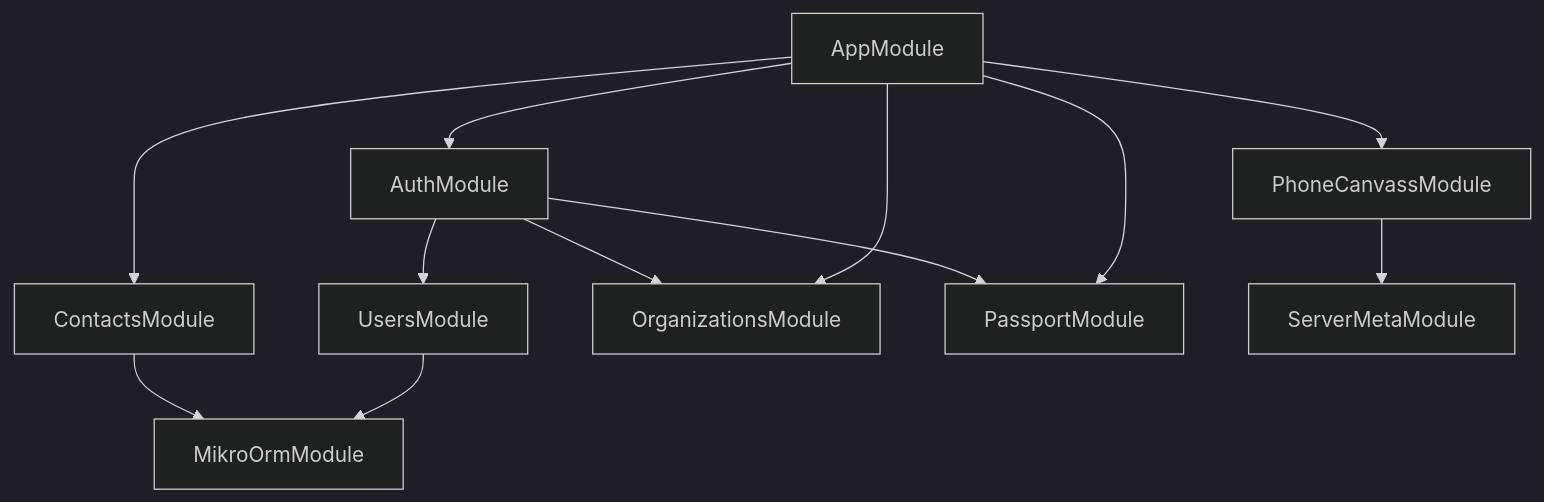
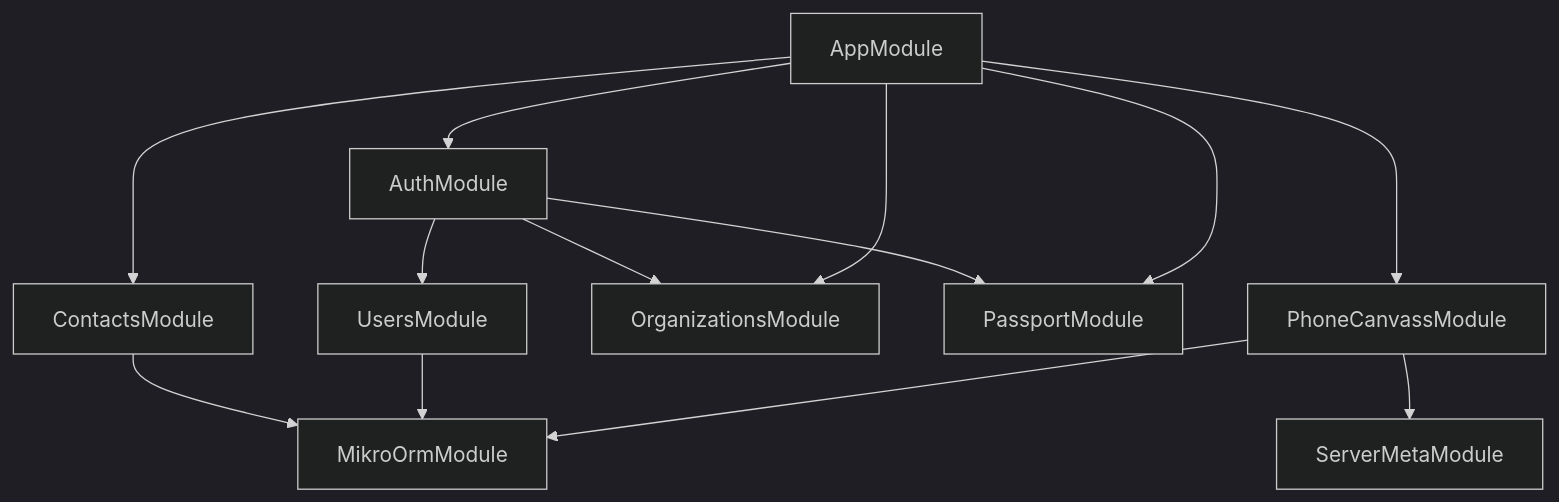
One commit to gpo/grassroots changed the diagram in docs/DependencyGraph.md. Above: the diagram before and after it, drawn with Mermaid (dark theme). The commit also changed 23 other files, not shown here.

````diff
--- a/docs/DependencyGraph.md
+++ b/docs/DependencyGraph.md
@@ -1,14 +1,15 @@
 ```mermaid
 graph TD
   AppModule-->ContactsModule
 ContactsModule-->MikroOrmModule
 AppModule-->AuthModule
 AuthModule-->UsersModule
 UsersModule-->MikroOrmModule
 AuthModule-->OrganizationsModule
 AuthModule-->PassportModule
 AppModule-->PassportModule
 AppModule-->OrganizationsModule
 AppModule-->PhoneCanvassModule
+PhoneCanvassModule-->MikroOrmModule
 PhoneCanvassModule-->ServerMetaModule
 ```
````
